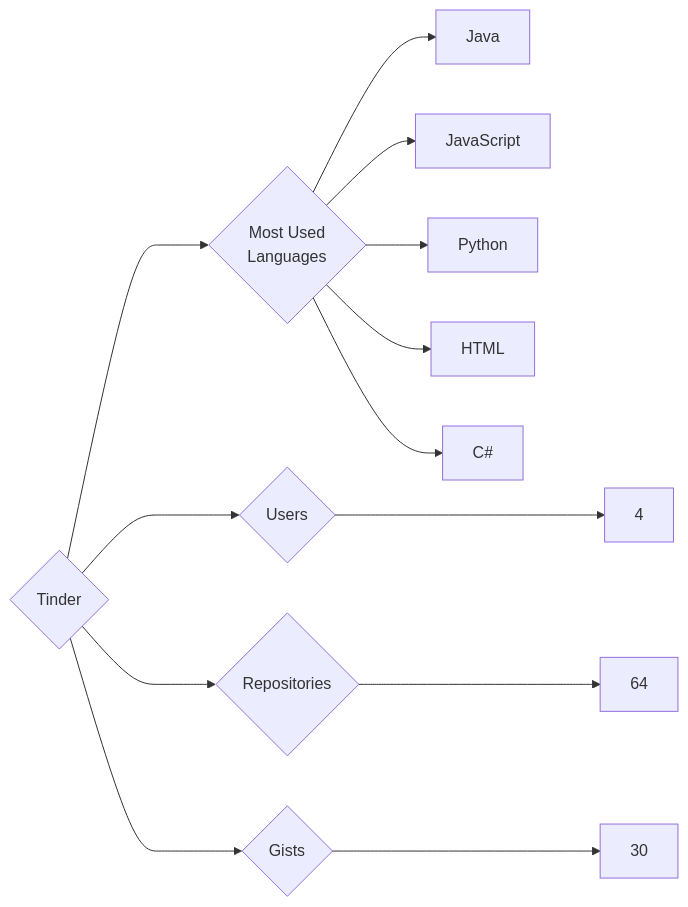
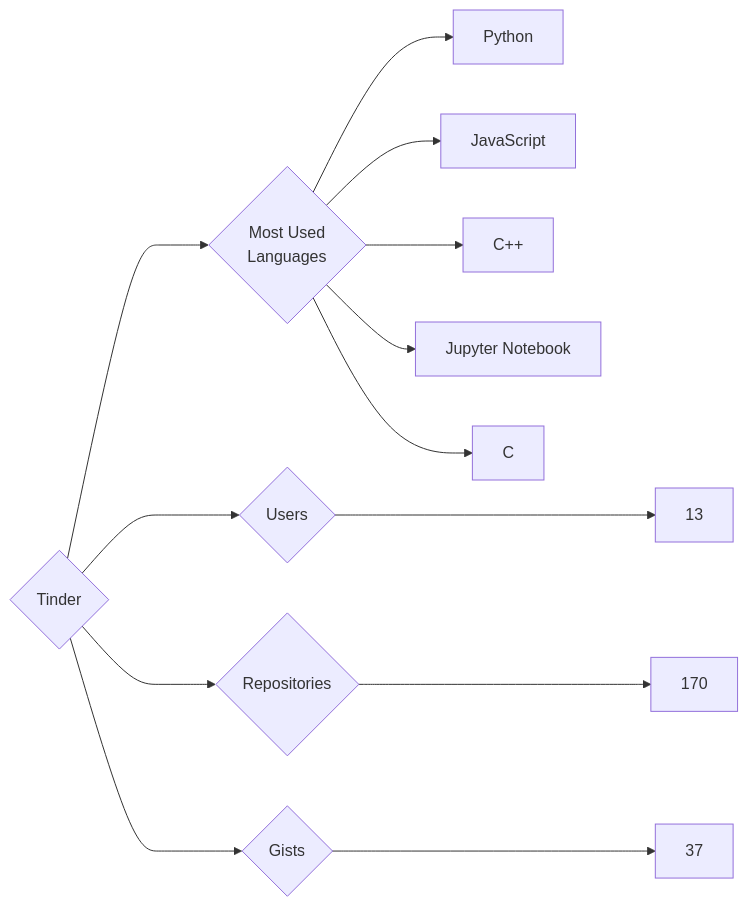
One commit to trickest/insiders changed the diagram in targets/Tinder/README.md. Above: the diagram before and after it, drawn with Mermaid. The commit also changed 860 other files, not shown here.

````diff
--- a/targets/Tinder/README.md
+++ b/targets/Tinder/README.md
@@ -3,13 +3,13 @@
 ```mermaid
 graph LR
 COMPANY_NAME{Tinder}
-COMPANY_NAME ---> U{Users} ---> UN[4]
-COMPANY_NAME ---> R{Repositories} ---> RN[64]
-COMPANY_NAME ---> G{Gists} ---> GN[30]
+COMPANY_NAME ---> U{Users} ---> UN[13]
+COMPANY_NAME ---> R{Repositories} ---> RN[170]
+COMPANY_NAME ---> G{Gists} ---> GN[37]
 COMPANY_NAME ---> ML{Most Used<br>Languages}
-ML --> Java[Java]
+ML --> Python[Python]
 ML --> JavaScript[JavaScript]
-ML --> Python[Python]
-ML --> HTML[HTML]
-ML --> C#[C#]
+ML --> C++[C++]
+ML --> Jupyter_Notebook[Jupyter Notebook]
+ML --> C[C]
 ```
````
